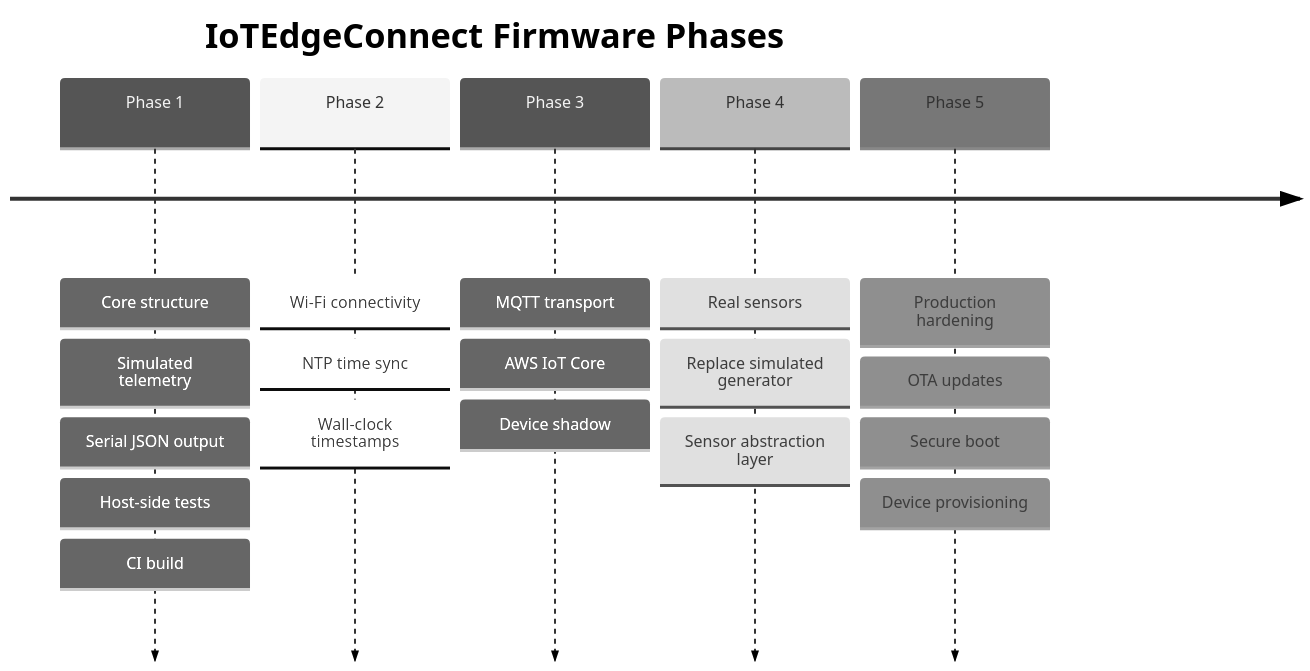
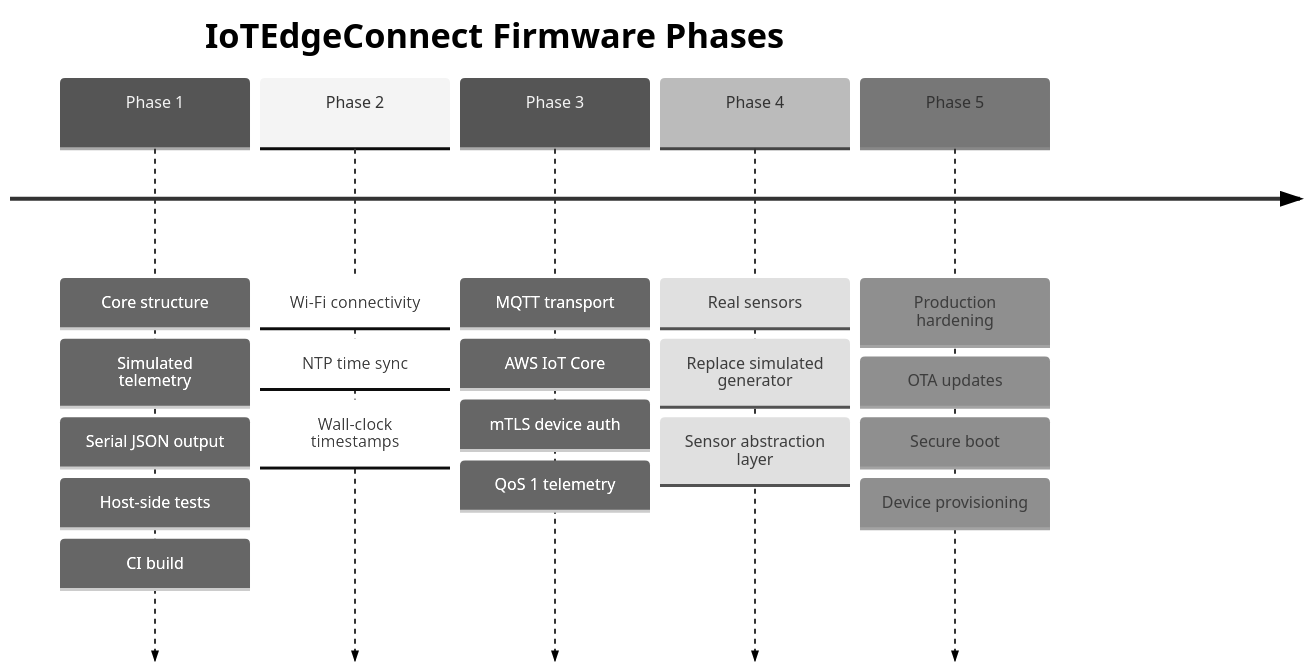
One commit to IoTEdgeConnect/firmware changed the diagram in docs/roadmap.md. Above: the diagram before and after it, drawn with Mermaid (neutral theme). The commit also changed other lines of this file and 1 other file, not shown here.

Commit message:
docs: update architecture and roadmap for Phase 3 completion

````diff
--- a/docs/roadmap.md
+++ b/docs/roadmap.md
@@ -10,22 +10,23 @@
 ```mermaid
 timeline
     title IoTEdgeConnect Firmware Phases
     Phase 1 : Core structure
             : Simulated telemetry
             : Serial JSON output
             : Host-side tests
             : CI build
     Phase 2 : Wi-Fi connectivity
             : NTP time sync
             : Wall-clock timestamps
     Phase 3 : MQTT transport
             : AWS IoT Core
-            : Device shadow
+            : mTLS device auth
+            : QoS 1 telemetry
     Phase 4 : Real sensors
             : Replace simulated generator
             : Sensor abstraction layer
     Phase 5 : Production hardening
             : OTA updates
             : Secure boot
             : Device provisioning
 ```
````
